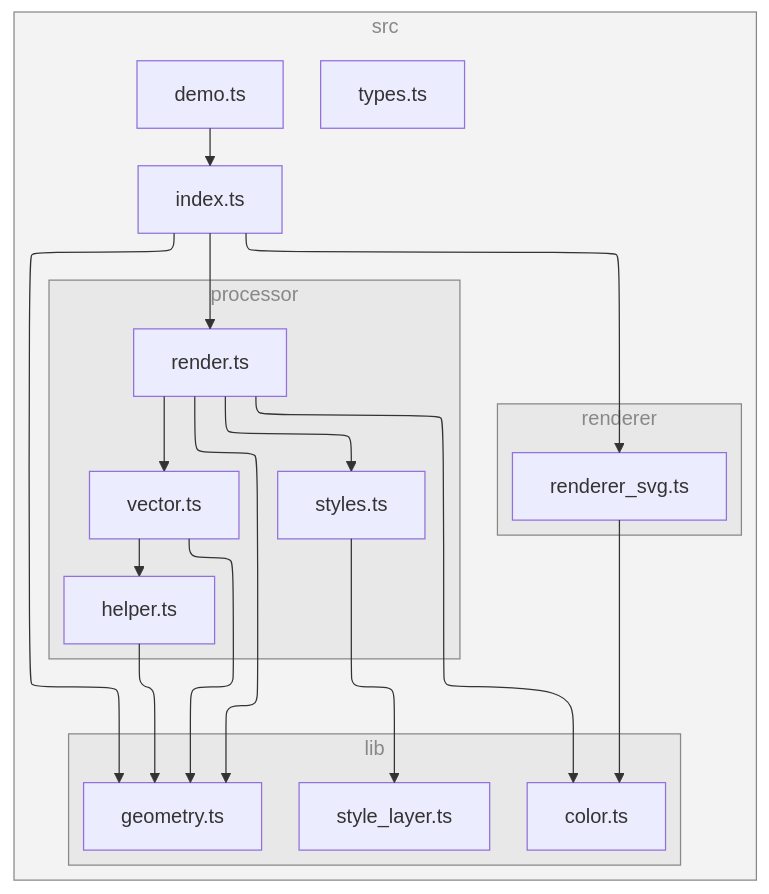
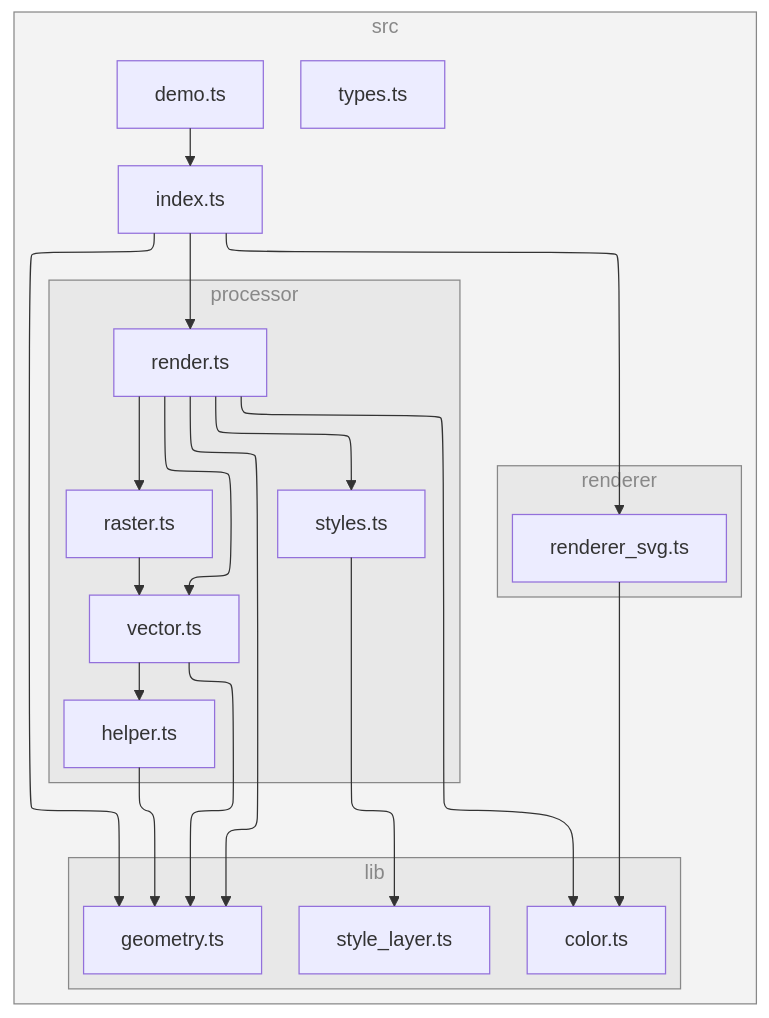
The diagram in README.md (versatiles-org/versatiles-renderer), drawn with Mermaid before and after one commit.

Commit message:
refactor: reorganize dependency graph in README for clarity

````diff
--- a/README.md
+++ b/README.md
@@ -21,43 +21,46 @@
 ```mermaid
 ---
 config:
   layout: elk
 ---
 flowchart TB
 
 subgraph 0["src"]
 1["demo.ts"]
 2["index.ts"]
 subgraph 3["lib"]
 4["geometry.ts"]
 7["color.ts"]
-9["style_layer.ts"]
+C["style_layer.ts"]
 end
 subgraph 5["processor"]
 6["render.ts"]
-8["styles.ts"]
-A["vector.ts"]
-B["helper.ts"]
+8["raster.ts"]
+9["vector.ts"]
+A["helper.ts"]
+B["styles.ts"]
 end
-subgraph C["renderer"]
-D["renderer_svg.ts"]
+subgraph D["renderer"]
+E["renderer_svg.ts"]
 end
-E["types.ts"]
+F["types.ts"]
 end
 1-->2
 2-->4
 2-->6
-2-->D
+2-->E
 6-->7
 6-->4
 6-->8
-6-->A
+6-->B
+6-->9
 8-->9
+9-->4
+9-->A
 A-->4
-A-->B
-B-->4
-D-->7
+B-->C
+E-->7
 
-class 0,3,5,C subgraphs;
+class 0,3,5,D subgraphs;
 classDef subgraphs fill-opacity:0.1, fill:#888, color:#888, stroke:#888;
 ```
````
